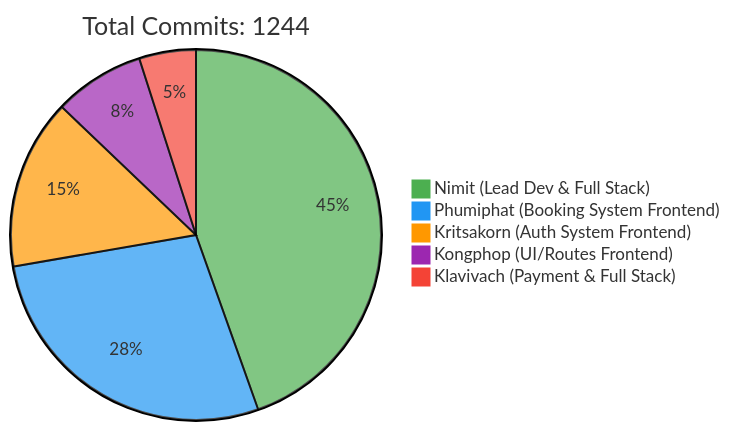
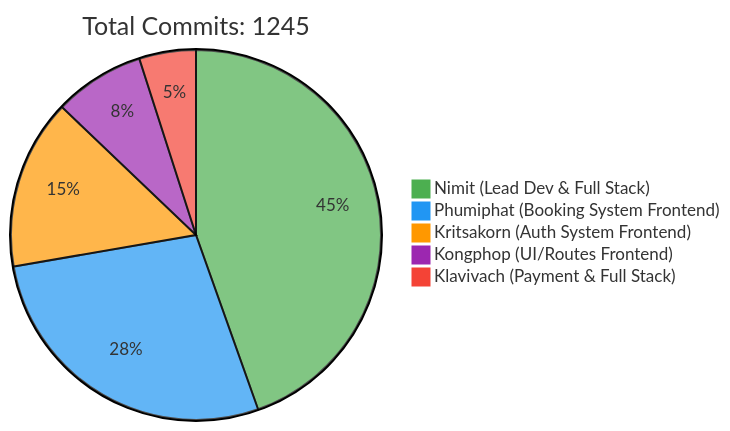
Before and after one commit to 6531503042/Sport-Complex: the first of 2 diagrams in README.md, drawn with Mermaid. The commit also changed other lines of this file, not shown here.

Commit message:
docs: Update contributor statistics [skip ci]

````diff
--- a/README.md
+++ b/README.md
@@ -257,10 +257,10 @@
 ```mermaid
 %%{init: {'theme': 'base', 'themeVariables': { 'pie1': '#4CAF50', 'pie2': '#2196F3', 'pie3': '#FF9800', 'pie4': '#9C27B0', 'pie5': '#F44336'}}}%%
 pie
-    title Total Commits: 1244
+    title Total Commits: 1245
     "Nimit (Lead Dev & Full Stack)" : 450
     "Phumiphat (Booking System Frontend)" : 280
     "Kritsakorn (Auth System Frontend)" : 150
     "Kongphop (UI/Routes Frontend)" : 80
     "Klavivach (Payment & Full Stack)" : 50
 ```
````
